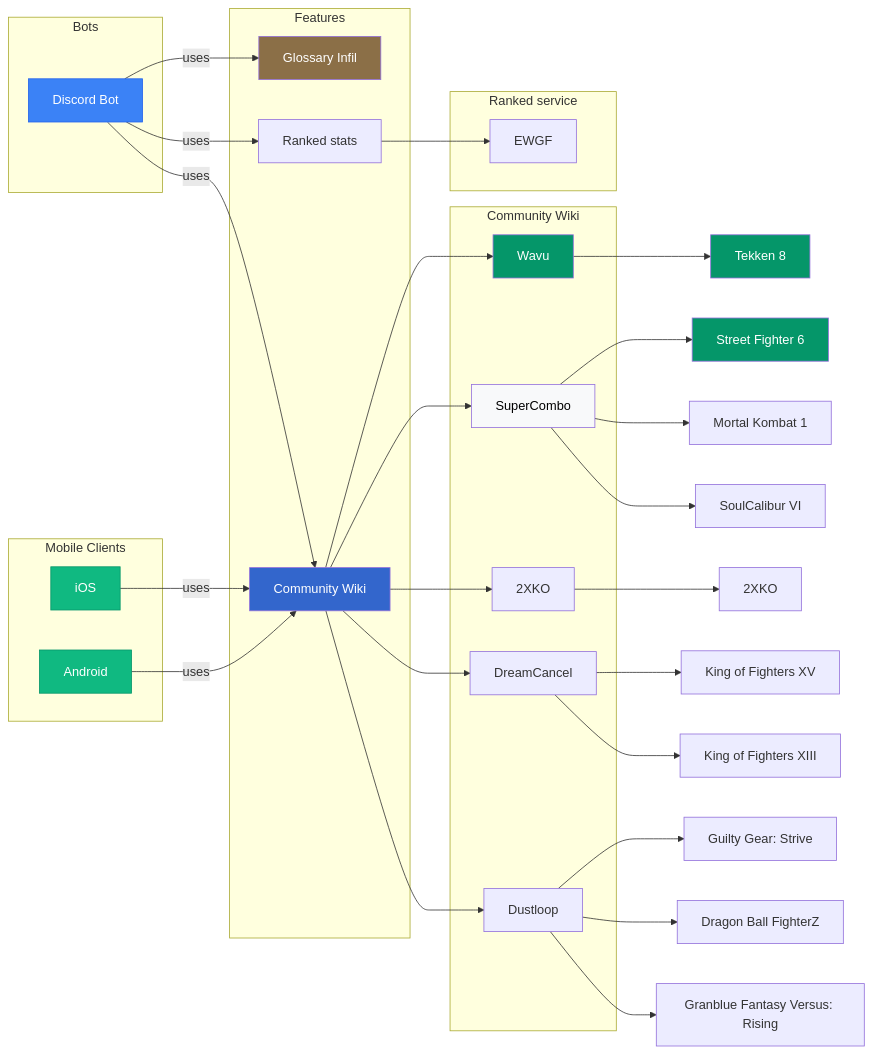
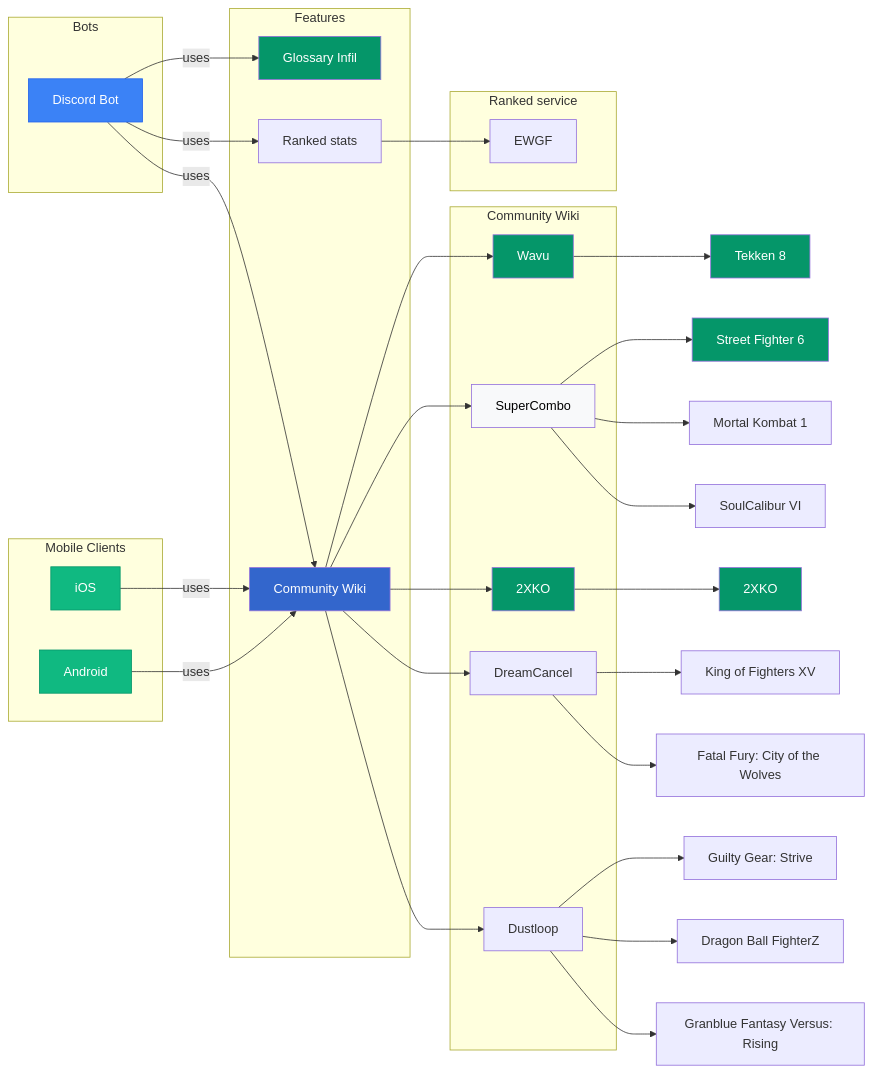
Before and after one commit to Sophon/FightingNerd: the diagram in README.md, drawn with Mermaid. The commit also changed 40 other files, not shown here.

````diff
--- a/README.md
+++ b/README.md
@@ -22,66 +22,68 @@
 ```mermaid
 graph LR
   subgraph Bots
     discordBot[Discord Bot]
   end
 
   subgraph "Mobile Clients"
     android[Android]
     iOS[iOS]
   end
 
   subgraph Features
     glossaryInfil[Glossary Infil]
     communityWiki[Community Wiki]
     elo[Ranked stats]
   end
 
   subgraph Community Wiki
     wikiWavu[Wavu]
     supercombo[SuperCombo]
     2xko[2XKO]
     dustloop[Dustloop]
     dreamcancel[DreamCancel]
   end
 
   subgraph Ranked service
     ewgf[EWGF]
   end
 
   android -->|uses| communityWiki
   iOS -->|uses| communityWiki
 
   discordBot -->|uses| glossaryInfil
   discordBot -->|uses| communityWiki
   discordBot -->|uses| elo
 
   communityWiki --> wikiWavu
   communityWiki --> supercombo
   communityWiki --> 2xko
   communityWiki --> dreamcancel
   communityWiki --> dustloop
 
   elo --> ewgf
 
   wikiWavu --> t8[Tekken 8]
   supercombo --> sf6[Street Fighter 6]
   supercombo --> mk1[Mortal Kombat 1]
   supercombo --> sc6[SoulCalibur VI]
   dustloop --> ggst[Guilty Gear: Strive]
   dustloop --> dbfz[Dragon Ball FighterZ]
   dustloop --> gbvsr[Granblue Fantasy Versus: Rising]
   2xko --> xko[2XKO]
   dreamcancel --> kof15[King of Fighters XV]
-  dreamcancel --> kof13[King of Fighters XIII]
+  dreamcancel --> cotw[Fatal Fury: City of the Wolves]
 
 
   style discordBot fill:#3B82F6,stroke:#2563EB,color:#fff
   style android fill:#10B981,stroke:#059669,color:#fff
   style iOS fill:#10B981,stroke:#059669,color:#fff
-  style glossaryInfil fill:#8B6F47,color:#fff
+  style glossaryInfil fill:#059669,color:#fff
   style communityWiki fill:#3366CC,color:#fff
   style wikiWavu fill:#059669,color:#fff
   style supercombo fill:#F8F9FA,color:#000000
+  style 2xko fill:#059669,color:#fff
   style t8 fill:#059669, color:#fff
   style sf6 fill:#059669, color:#fff
+  style xko fill:#059669, color:#fff
 ```
````
